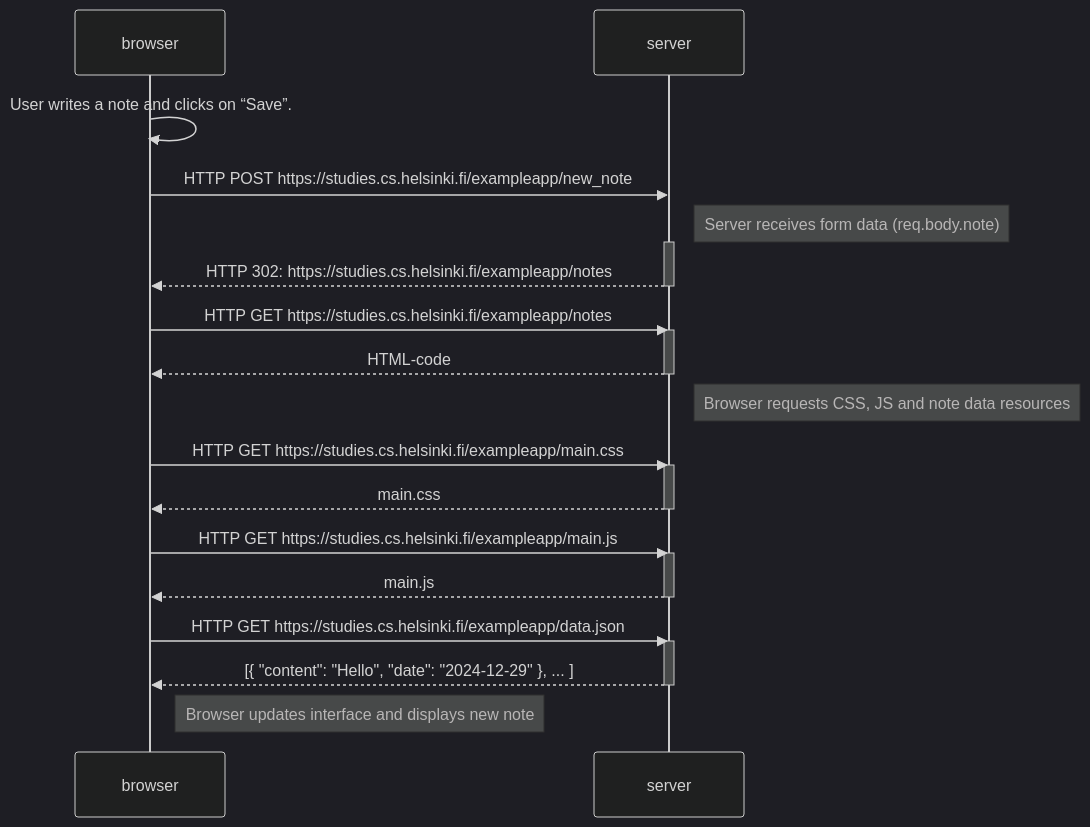
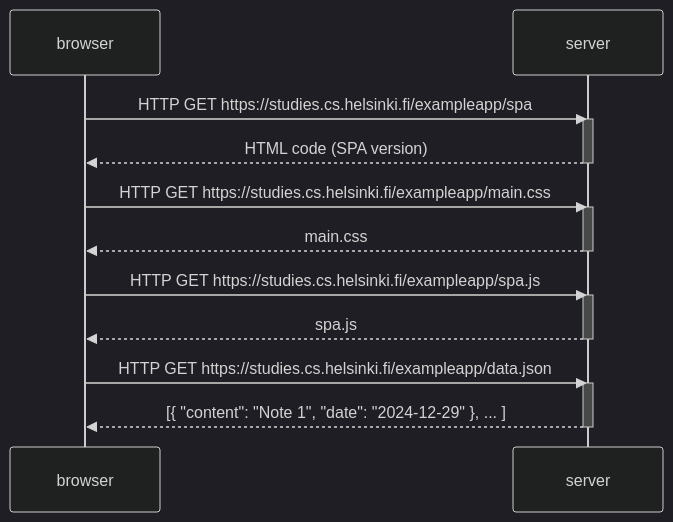
Before and after one commit to Angel-Diaz-H/Full-stack-open: the diagram in part-0/exercise-05.md, drawn with Mermaid (dark theme). The commit also changed 2 other files, not shown here.

Commit message:
Exercises part 0 complete

````diff
--- a/part-0/exercise-05.md
+++ b/part-0/exercise-05.md
@@ -1,37 +1,25 @@
 ```mermaid
 sequenceDiagram
     participant browser
     participant server
 
-    browser->>browser: User writes a note and clicks on “Save”.
-
-    browser->>server: HTTP POST https://studies.cs.helsinki.fi/exampleapp/new_note
-    Note right of server: Server receives form data (req.body.note)
-
+    browser->>server: HTTP GET https://studies.cs.helsinki.fi/exampleapp/spa
     activate server
-    server-->>browser: HTTP 302: https://studies.cs.helsinki.fi/exampleapp/notes
+    server-->>browser: HTML code (SPA version)
     deactivate server
 
-    browser->>server: HTTP GET https://studies.cs.helsinki.fi/exampleapp/notes
-    activate server
-    server-->>browser: HTML-code
-    deactivate server
-
-    Note right of server: Browser requests CSS, JS and note data resources
     browser->>server: HTTP GET https://studies.cs.helsinki.fi/exampleapp/main.css
     activate server
     server-->>browser: main.css
     deactivate server
 
-    browser->>server: HTTP GET https://studies.cs.helsinki.fi/exampleapp/main.js
+    browser->>server: HTTP GET https://studies.cs.helsinki.fi/exampleapp/spa.js
     activate server
-    server-->>browser: main.js
+    server-->>browser: spa.js
     deactivate server
 
     browser->>server: HTTP GET https://studies.cs.helsinki.fi/exampleapp/data.json
     activate server
-    server-->>browser: [{ "content": "Hello", "date": "2024-12-29" }, ... ]
+    server-->>browser: [{ "content": "Note 1", "date": "2024-12-29" }, ... ]
     deactivate server
-
-    Note right of browser: Browser updates interface and displays new note
 ```
````
